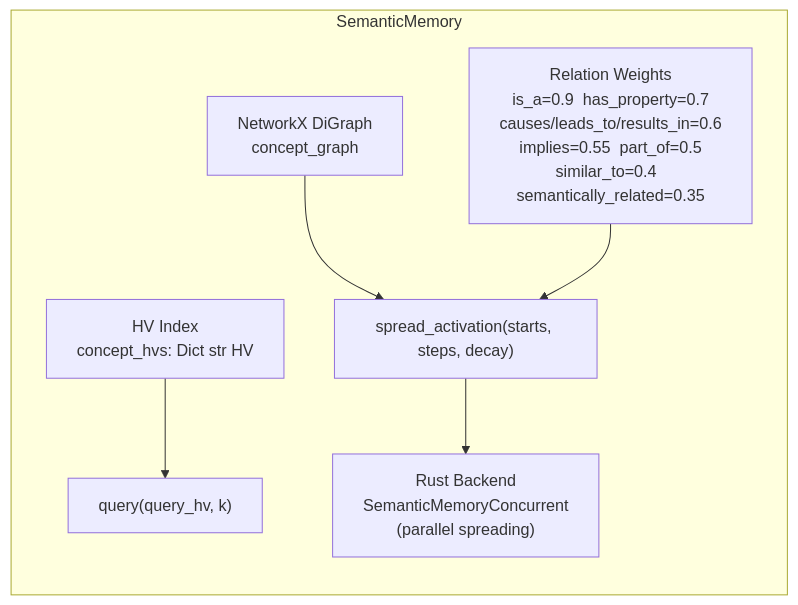
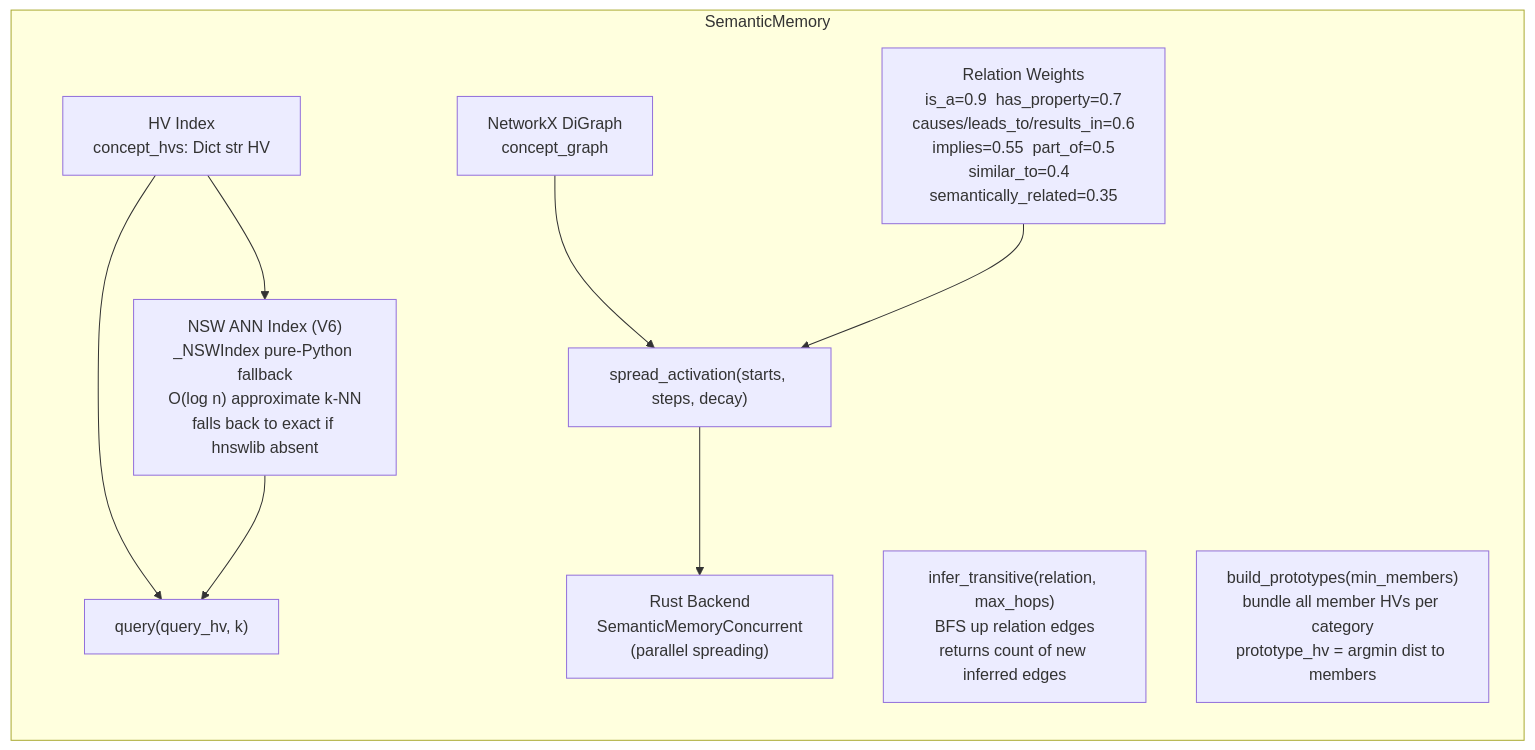
Before and after one commit to shiva2321/Neuro-Symbolic-Cognitive-Kernel: the fourth of 10 diagrams in nsck/docs/ARCHITECTURE.md, drawn with Mermaid. The commit also changed other lines of this file and 7 other files, not shown here.

Commit message:
Docs V7: update all docs to reflect actual V4-V7 implementations — modules, formulas, test counts, benchmarks, diagrams

````diff
--- a/nsck/docs/ARCHITECTURE.md
+++ b/nsck/docs/ARCHITECTURE.md
@@ -177,16 +193,21 @@
 ```mermaid
 graph LR
     subgraph SemanticMemory
         Graph["NetworkX DiGraph\nconcept_graph"]
         HVIdx["HV Index\nconcept_hvs: Dict str HV"]
         RelW["Relation Weights\nis_a=0.9  has_property=0.7\ncauses/leads_to/results_in=0.6\nimplies=0.55  part_of=0.5\nsimilar_to=0.4  semantically_related=0.35"]
         SA["spread_activation(starts, steps, decay)"]
         Q["query(query_hv, k)"]
+        NSW["NSW ANN Index (V6)\n_NSWIndex pure-Python fallback\nO(log n) approximate k-NN\nfalls back to exact if hnswlib absent"]
+        Infer["infer_transitive(relation, max_hops)\nBFS up relation edges\nreturns count of new inferred edges"]
+        Proto["build_prototypes(min_members)\nbundle all member HVs per category\nprototype_hv = argmin dist to members"]
         RustBE["Rust Backend\nSemanticMemoryConcurrent\n(parallel spreading)"]
     end
 
     Graph --> SA
     RelW --> SA
     HVIdx --> Q
+    HVIdx --> NSW
     SA --> RustBE
+    NSW --> Q
 ```
````
